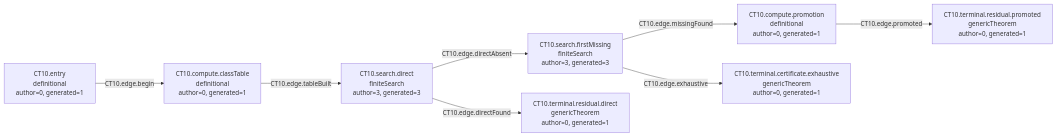
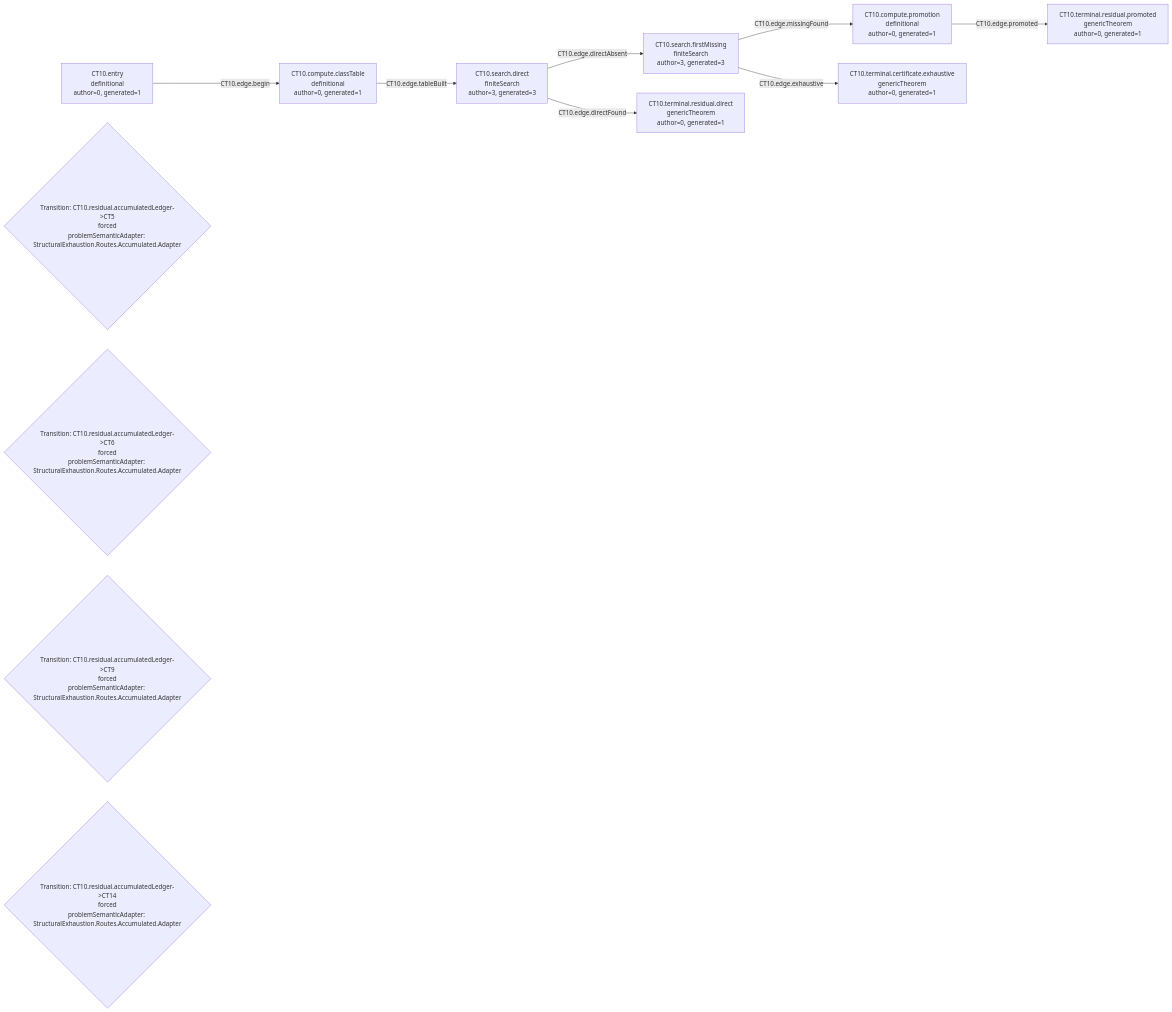
Before and after one commit to Guillemdb/structural_exhaustion: the diagram in generated/mermaid/CT10.mmd, drawn with Mermaid. The commit also changed 189 other files, not shown here.

```diff
--- a/generated/mermaid/CT10.mmd
+++ b/generated/mermaid/CT10.mmd
@@ -1,16 +1,20 @@
 flowchart LR
   N1["CT10.entry<br/>definitional<br/>author=0, generated=1"]
   N2["CT10.compute.classTable<br/>definitional<br/>author=0, generated=1"]
   N3["CT10.search.direct<br/>finiteSearch<br/>author=3, generated=3"]
   N4["CT10.search.firstMissing<br/>finiteSearch<br/>author=3, generated=3"]
   N5["CT10.compute.promotion<br/>definitional<br/>author=0, generated=1"]
   N6["CT10.terminal.residual.direct<br/>genericTheorem<br/>author=0, generated=1"]
   N7["CT10.terminal.residual.promoted<br/>genericTheorem<br/>author=0, generated=1"]
   N8["CT10.terminal.certificate.exhaustive<br/>genericTheorem<br/>author=0, generated=1"]
   N1 -->|CT10.edge.begin| N2
   N2 -->|CT10.edge.tableBuilt| N3
   N3 -->|CT10.edge.directFound| N6
   N3 -->|CT10.edge.directAbsent| N4
   N4 -->|CT10.edge.missingFound| N5
   N5 -->|CT10.edge.promoted| N7
   N4 -->|CT10.edge.exhaustive| N8
+  P1{"Transition: CT10.residual.accumulatedLedger->CT5<br/>forced<br/>problemSemanticAdapter: StructuralExhaustion.Routes.Accumulated.Adapter"}
+  P2{"Transition: CT10.residual.accumulatedLedger->CT6<br/>forced<br/>problemSemanticAdapter: StructuralExhaustion.Routes.Accumulated.Adapter"}
+  P3{"Transition: CT10.residual.accumulatedLedger->CT9<br/>forced<br/>problemSemanticAdapter: StructuralExhaustion.Routes.Accumulated.Adapter"}
+  P4{"Transition: CT10.residual.accumulatedLedger->CT14<br/>forced<br/>problemSemanticAdapter: StructuralExhaustion.Routes.Accumulated.Adapter"}
```
